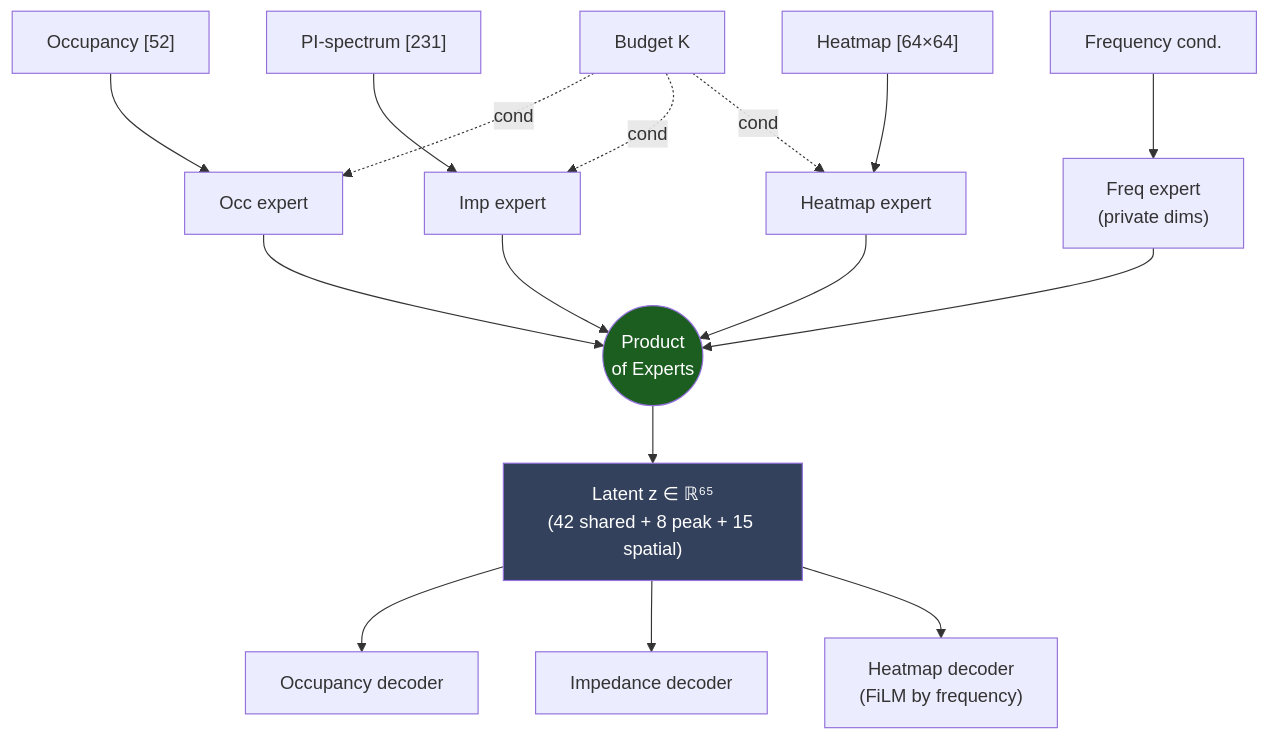
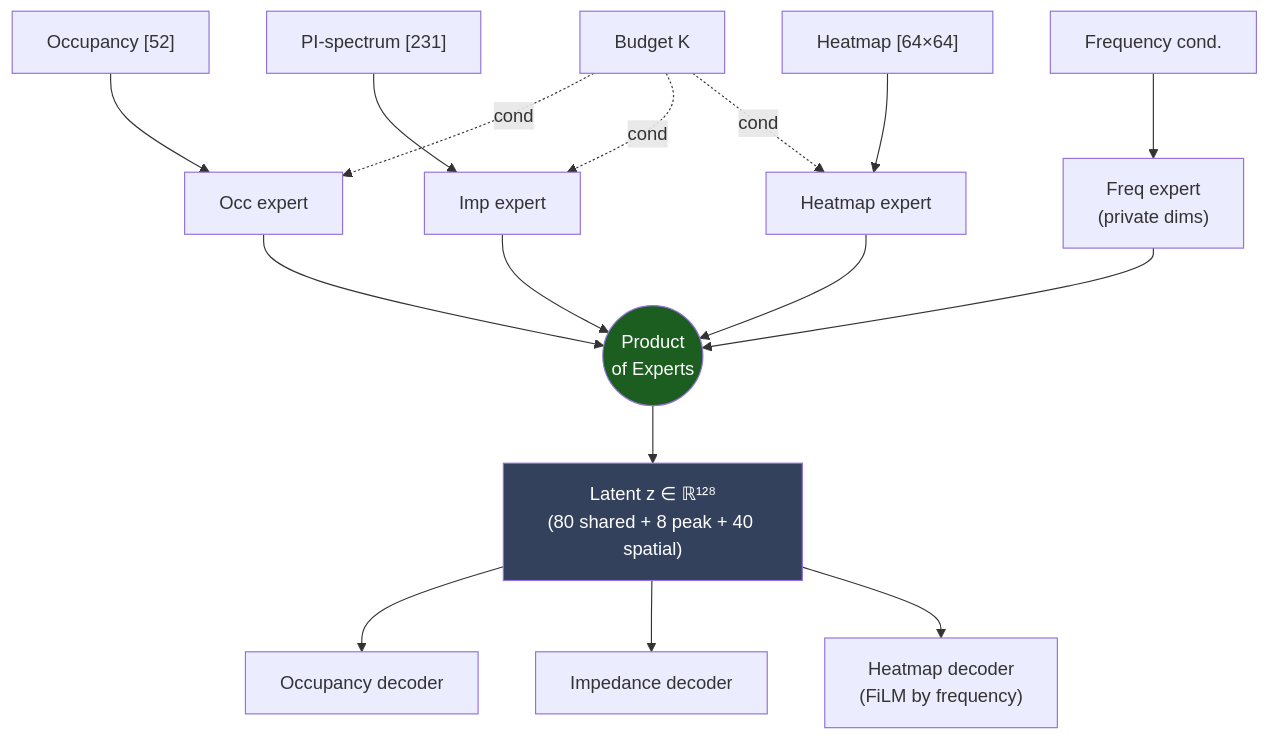
Before and after one commit to kovarthanmuthusamy/pdn-genai-optimization: the third of 5 diagrams in README.md, drawn with Mermaid. The commit also changed other lines of this file and 3 other files, not shown here.

````diff
--- a/README.md
+++ b/README.md
@@ -168,18 +183,18 @@
 ```mermaid
 flowchart TD
     OCC["Occupancy [52]"] --> EO["Occ expert"]
     IMP["PI-spectrum [231]"] --> EI["Imp expert"]
     HM["Heatmap [64×64]"] --> EH["Heatmap expert"]
     F["Frequency cond."] --> EF["Freq expert<br/>(private dims)"]
     K["Budget K"] -.cond.-> EO & EI & EH
     EO --> POE(("Product<br/>of Experts"))
     EI --> POE
     EH --> POE
     EF --> POE
-    POE --> Zl["Latent z ∈ ℝ⁶⁵<br/>(42 shared + 8 peak + 15 spatial)"]
+    POE --> Zl["Latent z ∈ ℝ¹²⁸<br/>(80 shared + 8 peak + 40 spatial)"]
     Zl --> DO["Occupancy decoder"]
     Zl --> DI["Impedance decoder"]
     Zl --> DH["Heatmap decoder<br/>(FiLM by frequency)"]
     style POE fill:#1b5e20,color:#fff
     style Zl fill:#33415c,color:#fff
 ```
````
